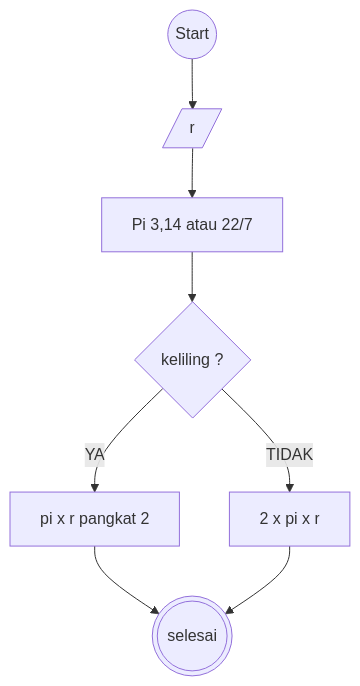
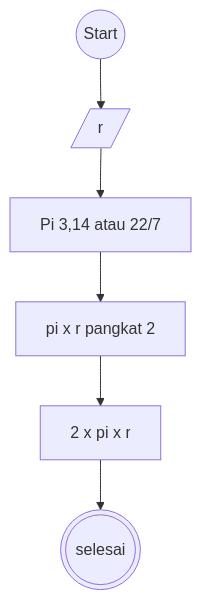
Before and after one commit to Farhan-dev-dot/koda-b10-algoritma: the second of 2 diagrams in README.md, drawn with Mermaid. The commit also changed other lines of this file, not shown here.

````diff
--- a/README.md
+++ b/README.md
@@ -66,26 +65,20 @@
 ```mermaid
 
 
 flowchart TD
 
 A@{ shape: circle, label: "Start" }
 B[/r/]
 C[Pi 3,14 atau 22/7]
-D{ keliling ?}
-E[ pi x r pangkat 2 ]
-F[ 2 x pi x r ]
-G(((selesai)))
+D[ pi x r pangkat 2 ]
+E[ 2 x pi x r ]
+F(((selesai)))
 
 A-->B
 B-->C
 C-->D
-D--YA-->E
-D--TIDAK-->F
-E-->G
-F-->G
-
-
-
+D-->E
+E-->F
 
 
 ```
````
